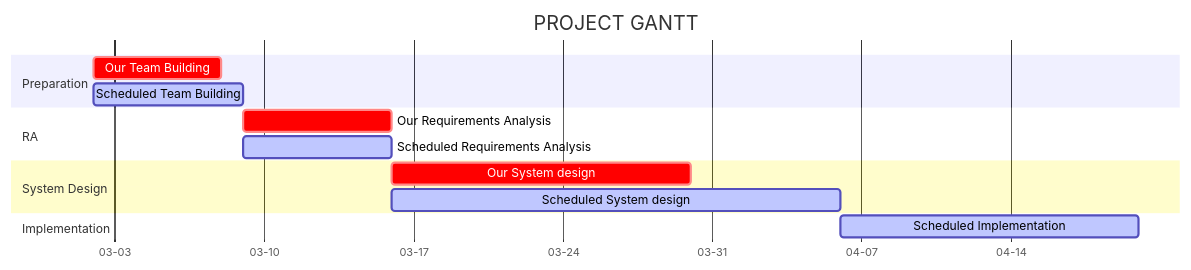
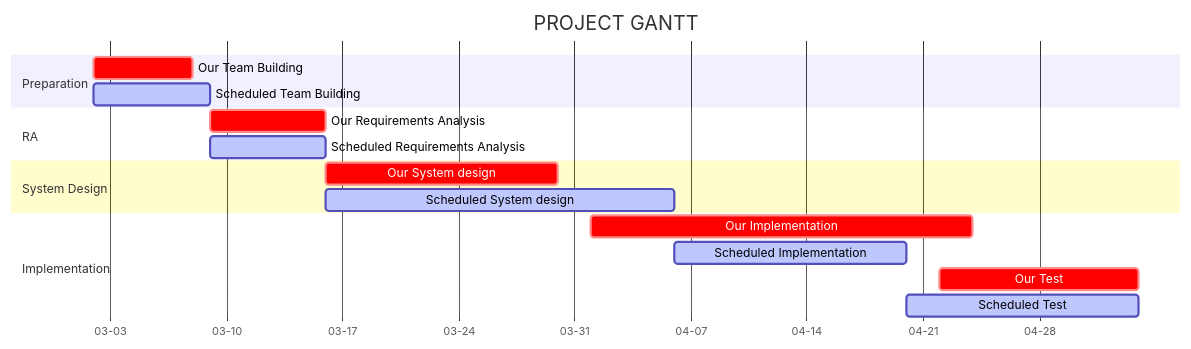
One commit to zkc3783/dream-share-discover changed the diagram in CALENDER.md. Above: the diagram before and after it, drawn with Mermaid. The commit also changed other lines of this file and 1 other file, not shown here.

````diff
--- a/CALENDER.md
+++ b/CALENDER.md
@@ -9,17 +9,20 @@
 ```mermaid
 gantt
 dateFormat MM-DD
 axisFormat %m-%d
 title PROJECT GANTT
 section Preparation
 Our Team Building: crit, a1, 03-02, 6d
 Scheduled Team Building: active, a3, 03-02, 7d
 section RA
 Our Requirements Analysis: crit, 03-09 , 7d
 Scheduled Requirements Analysis: active, 03-09, 7d
 section System Design
 Our System design: crit, 03-16, 14d
 Scheduled System design: active, 03-16, 21d
 section Implementation
+Our Implementation: crit, 04-01, 23d
 Scheduled Implementation: active, 04-06, 14d
+Our Test: crit, 04-22, 12d
+Scheduled Test: active, 04-20, 14d
 ```
````
